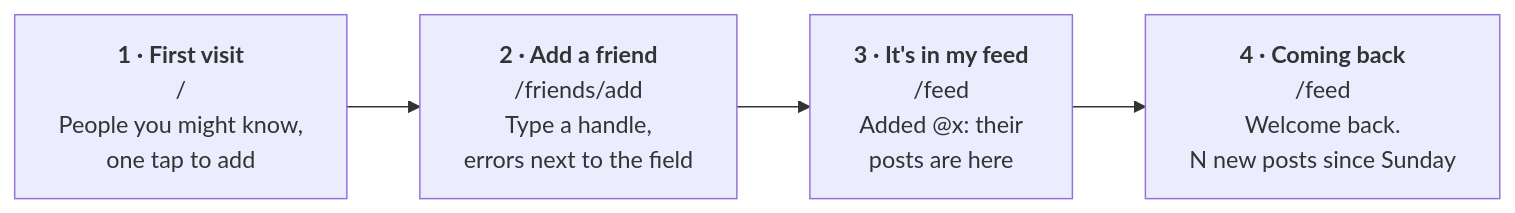
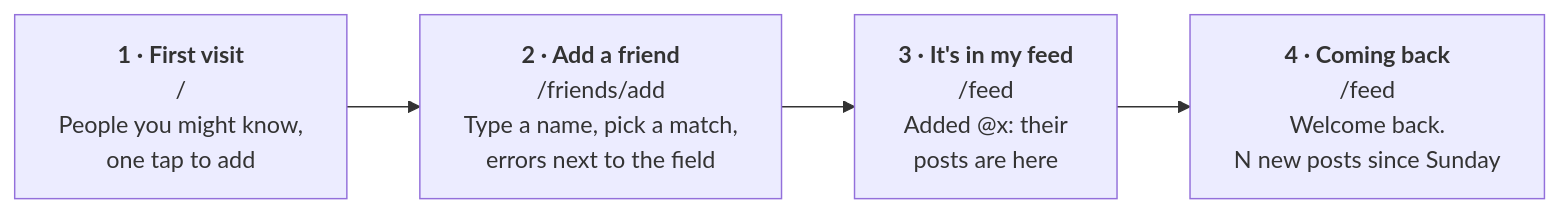
The first of 3 diagrams in README.md (kenpiech/kinnect), drawn with Mermaid before and after one commit. The commit also changed other lines of this file and 5 other files, not shown here.

First line of the commit message:
Add type-ahead to the add-friend field

````diff
--- a/README.md
+++ b/README.md
@@ -33,8 +33,8 @@
 ```mermaid
 flowchart LR
     S1["<b>1 · First visit</b><br/>/<br/>People you might know,<br/>one tap to add"]
-    S2["<b>2 · Add a friend</b><br/>/friends/add<br/>Type a handle,<br/>errors next to the field"]
+    S2["<b>2 · Add a friend</b><br/>/friends/add<br/>Type a name, pick a match,<br/>errors next to the field"]
     S3["<b>3 · It's in my feed</b><br/>/feed<br/>Added @x: their<br/>posts are here"]
     S4["<b>4 · Coming back</b><br/>/feed<br/>Welcome back.<br/>N new posts since Sunday"]
     S1 --> S2 --> S3 --> S4
 ```
````
